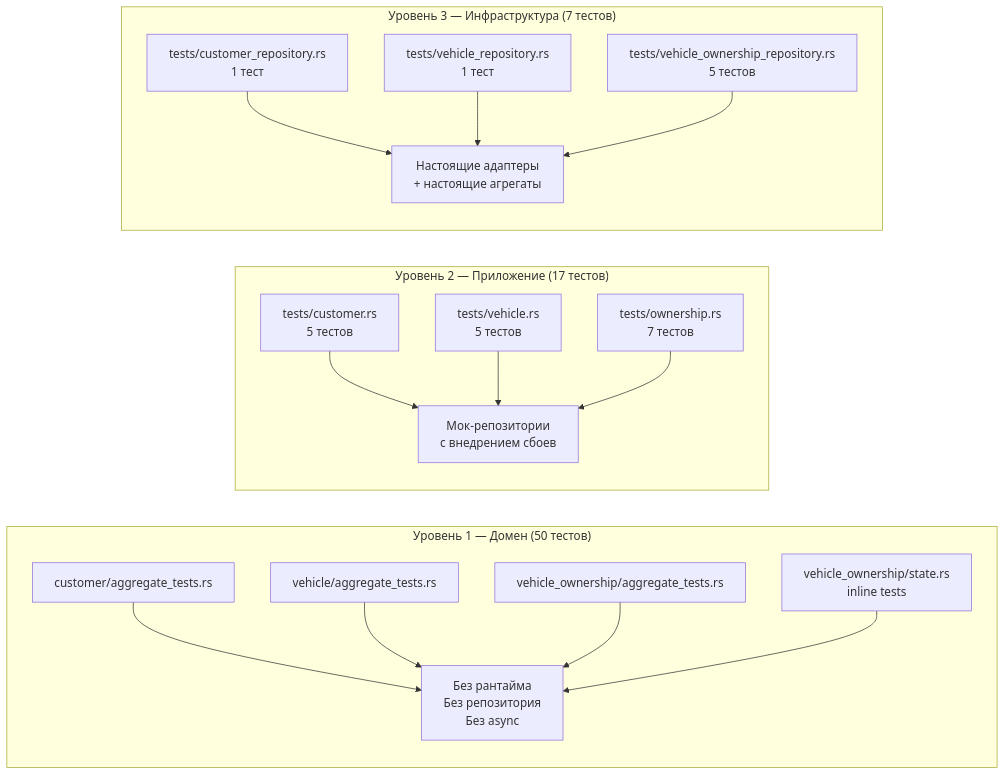
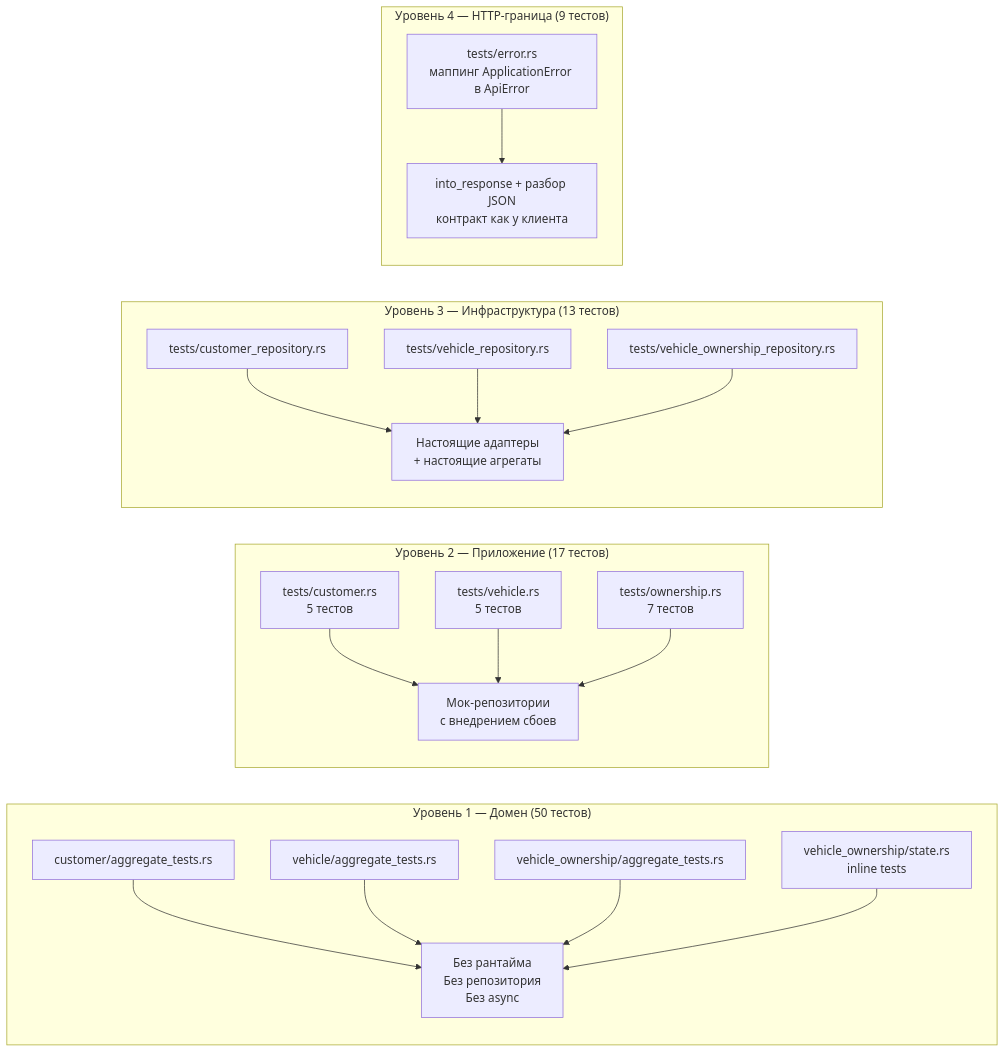
One commit to DeathRustZzZ/PitGO changed the first of 3 diagrams in docs/architecture/11_tests.md. Above: the diagram before and after it, drawn with Mermaid. The commit also changed other lines of this file and 12 other files, not shown here.

Commit message:
test(backend): add api error mapping tests and updated diagrams

````diff
--- a/docs/architecture/11_tests.md
+++ b/docs/architecture/11_tests.md
@@ -19,38 +20,45 @@
 ```mermaid
 flowchart LR
 
   subgraph L1["Уровень 1 — Домен (50 тестов)"]
     D1["customer/aggregate_tests.rs"]
     D2["vehicle/aggregate_tests.rs"]
     D3["vehicle_ownership/aggregate_tests.rs"]
     D4["vehicle_ownership/state.rs<br/>inline tests"]
     DR["Без рантайма<br/>Без репозитория<br/>Без async"]
   end
 
   subgraph L2["Уровень 2 — Приложение (17 тестов)"]
     A1["tests/customer.rs<br/>5 тестов"]
     A2["tests/vehicle.rs<br/>5 тестов"]
     A3["tests/ownership.rs<br/>7 тестов"]
     MOCK["Мок-репозитории<br/>с внедрением сбоев"]
   end
 
-  subgraph L3["Уровень 3 — Инфраструктура (7 тестов)"]
-    I1["tests/customer_repository.rs<br/>1 тест"]
-    I2["tests/vehicle_repository.rs<br/>1 тест"]
-    I3["tests/vehicle_ownership_repository.rs<br/>5 тестов"]
+  subgraph L3["Уровень 3 — Инфраструктура (13 тестов)"]
+    I1["tests/customer_repository.rs"]
+    I2["tests/vehicle_repository.rs"]
+    I3["tests/vehicle_ownership_repository.rs"]
     REAL["Настоящие адаптеры<br/>+ настоящие агрегаты"]
+  end
+
+  subgraph L4["Уровень 4 — HTTP-граница (9 тестов)"]
+    B1["tests/error.rs<br/>маппинг ApplicationError в ApiError"]
+    WIRE["into_response + разбор JSON<br/>контракт как у клиента"]
   end
 
   D1 --> DR
   D2 --> DR
   D3 --> DR
   D4 --> DR
 
   A1 --> MOCK
   A2 --> MOCK
   A3 --> MOCK
 
   I1 --> REAL
   I2 --> REAL
   I3 --> REAL
+
+  B1 --> WIRE
 ```
````
